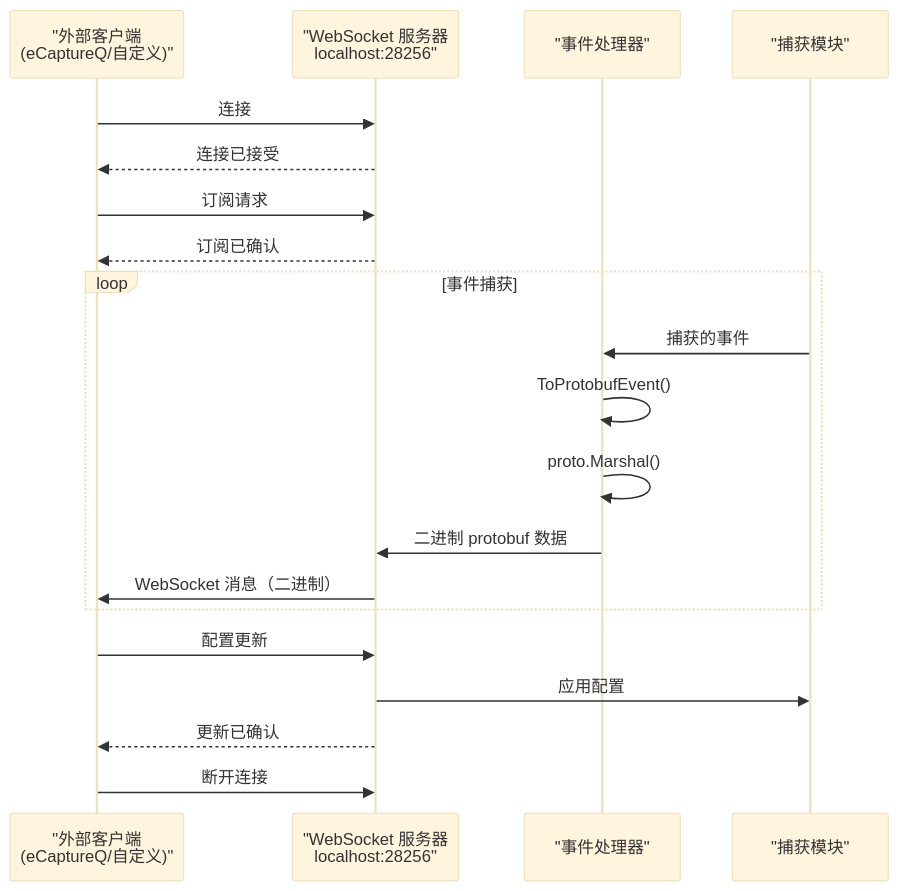
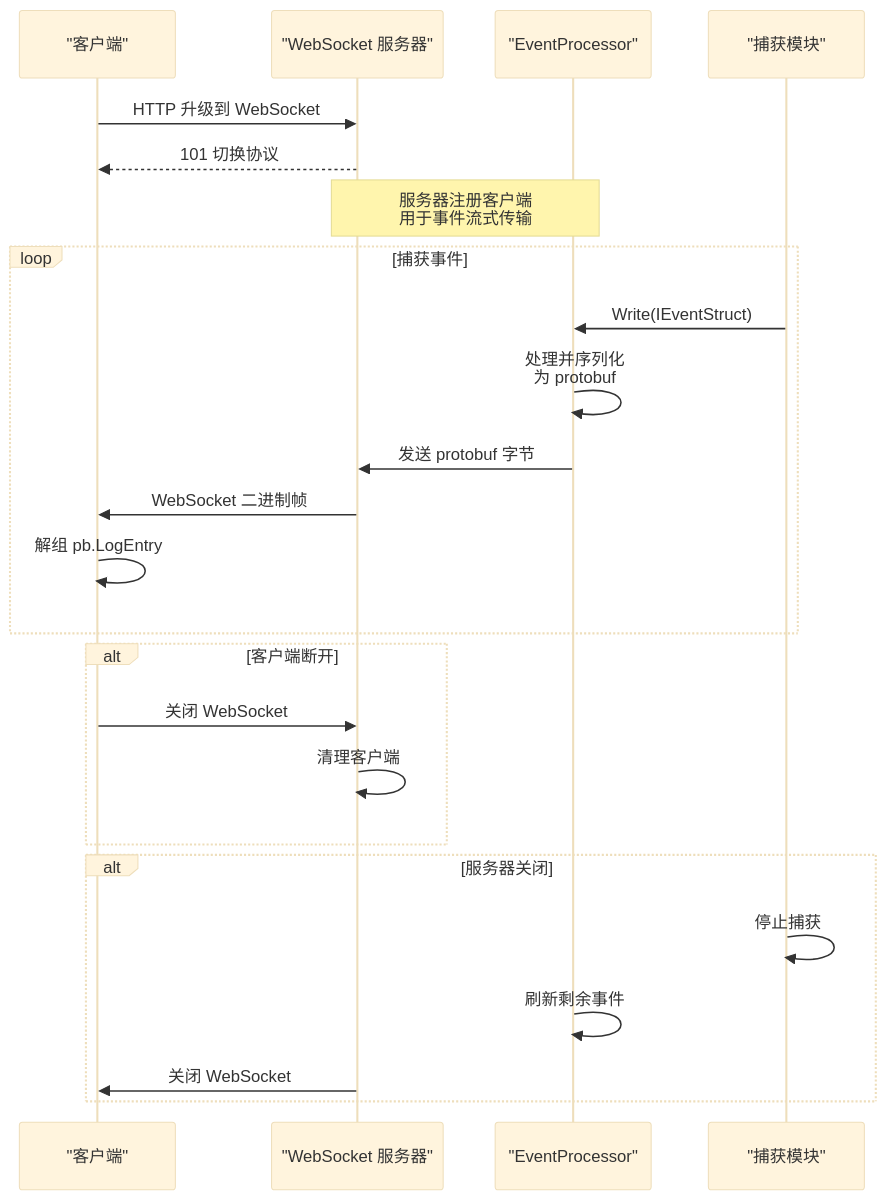
Before and after one commit to gojue/ecapture.cc: the fifth of 10 diagrams in src/zh/4-output-formats/4.4-protobuf-and-external-integration.md, drawn with Mermaid (base theme). The commit also changed other lines of this file and 115 other files, not shown here.

````diff
--- a/src/zh/4-output-formats/4.4-protobuf-and-external-integration.md
+++ b/src/zh/4-output-formats/4.4-protobuf-and-external-integration.md
@@ -194,27 +228,31 @@
 ```mermaid
 sequenceDiagram
-    participant Client as "外部客户端<br/>(eCaptureQ/自定义)"
-    participant WS as "WebSocket 服务器<br/>localhost:28256"
-    participant EventProc as "事件处理器"
+    participant Client as "客户端"
+    participant WSServer as "WebSocket 服务器"
+    participant EventProc as "EventProcessor"
     participant Module as "捕获模块"
     
-    Client->>WS: 连接
-    WS-->>Client: 连接已接受
+    Client->>WSServer: HTTP 升级到 WebSocket
+    WSServer-->>Client: 101 切换协议
     
-    Client->>WS: 订阅请求
-    WS-->>Client: 订阅已确认
+    Note over WSServer,EventProc: 服务器注册客户端<br/>用于事件流式传输
     
-    loop 事件捕获
-        Module->>EventProc: 捕获的事件
-        EventProc->>EventProc: ToProtobufEvent()
-        EventProc->>EventProc: proto.Marshal()
-        EventProc->>WS: 二进制 protobuf 数据
-        WS->>Client: WebSocket 消息（二进制）
+    loop 捕获事件
+        Module->>EventProc: Write(IEventStruct)
+        EventProc->>EventProc: 处理并序列化<br/>为 protobuf
+        EventProc->>WSServer: 发送 protobuf 字节
+        WSServer->>Client: WebSocket 二进制帧
+        Client->>Client: 解组 pb.LogEntry
     end
     
-    Client->>WS: 配置更新
-    WS->>Module: 应用配置
-    WS-->>Client: 更新已确认
+    alt 客户端断开
+        Client->>WSServer: 关闭 WebSocket
+        WSServer->>WSServer: 清理客户端
+    end
     
-    Client->>WS: 断开连接
+    alt 服务器关闭
+        Module->>Module: 停止捕获
+        EventProc->>EventProc: 刷新剩余事件
+        WSServer->>Client: 关闭 WebSocket
+    end
 ```
````
